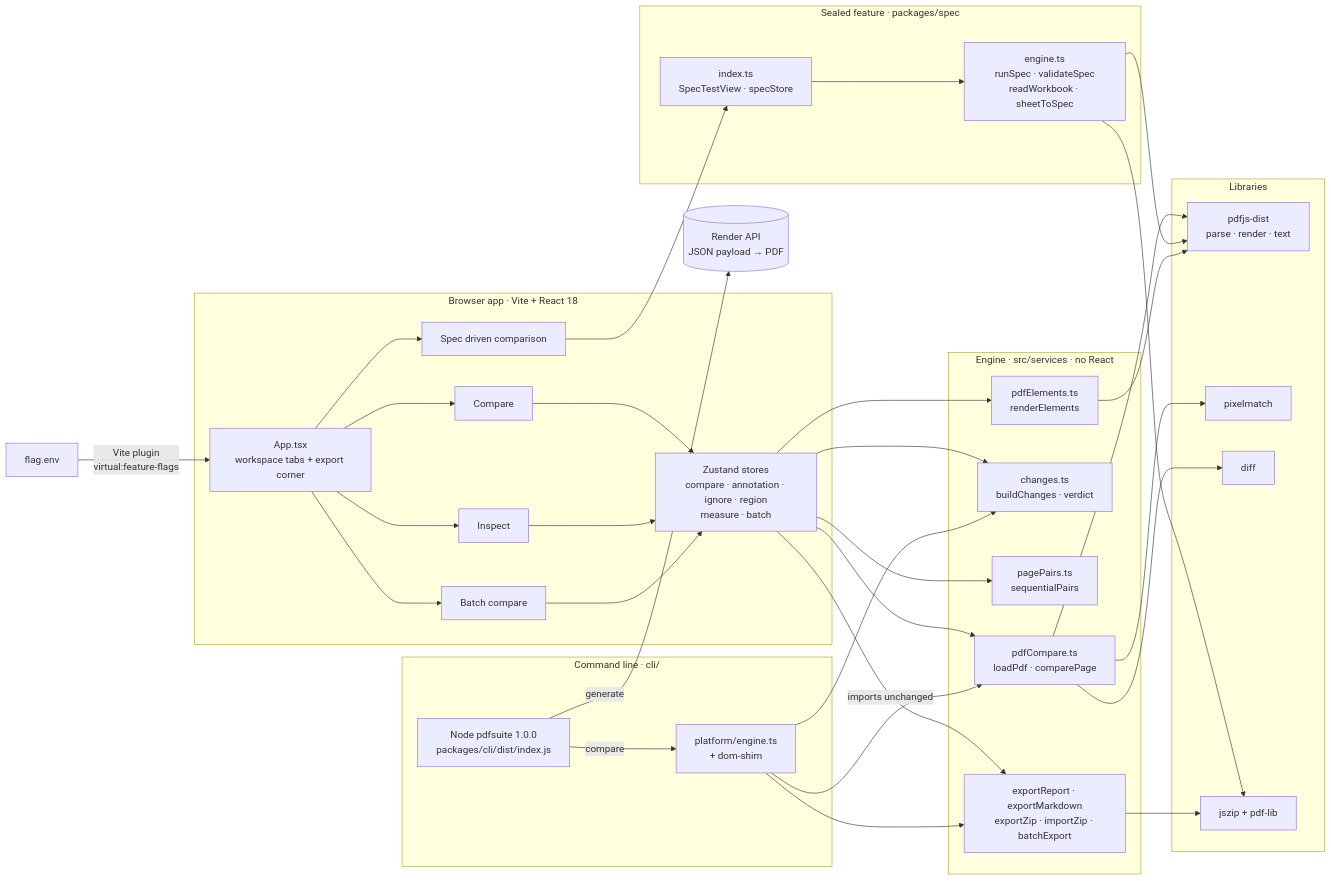
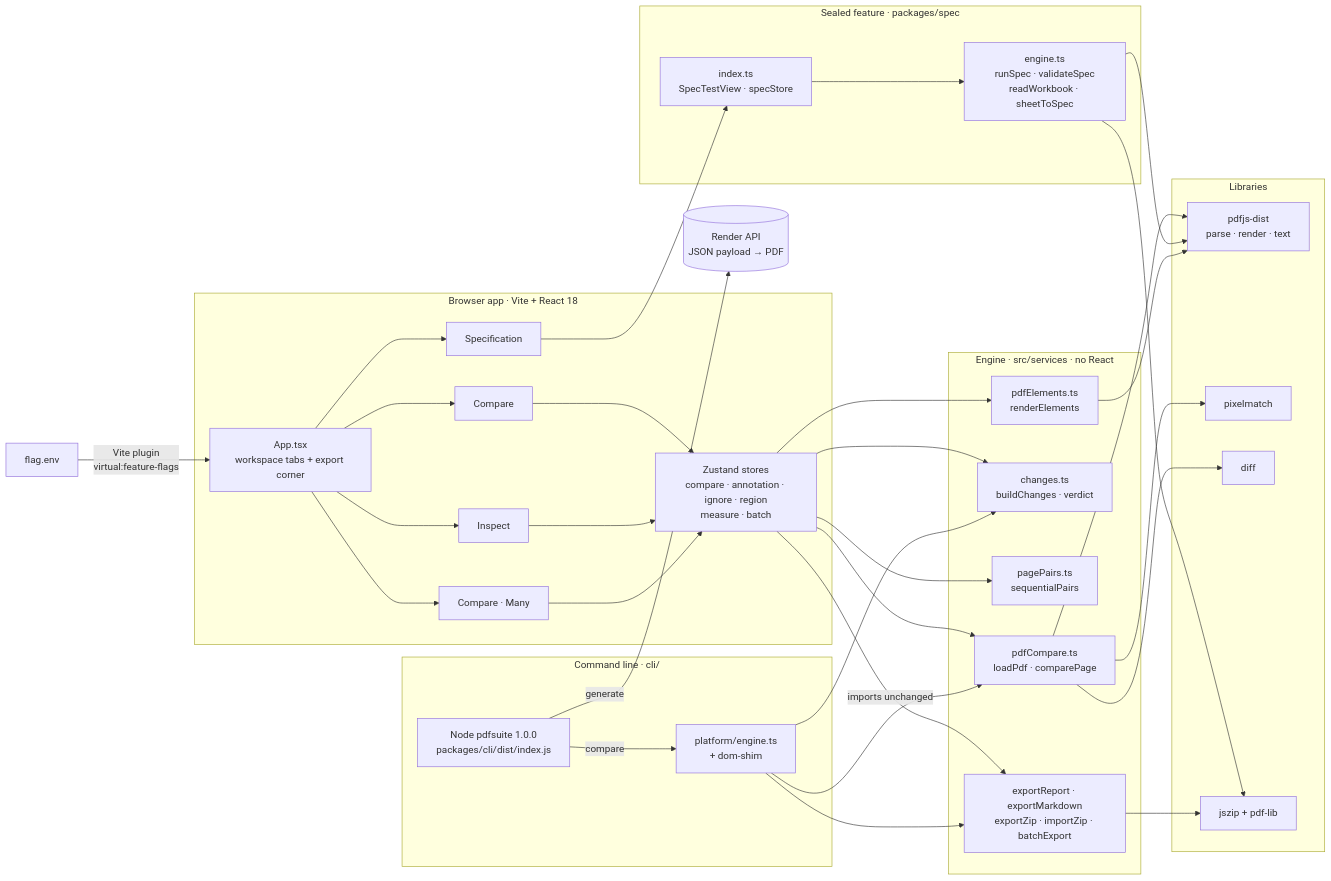
Before and after one commit to sid4861/pdf-testing-suite: the first of 26 diagrams in docs/ARCHITECTURE.md, drawn with Mermaid. The commit also changed other lines of this file and 68 other files, not shown here.

````diff
--- a/docs/ARCHITECTURE.md
+++ b/docs/ARCHITECTURE.md
@@ -39,47 +39,47 @@
 ```mermaid
 flowchart LR
   subgraph BROWSER["Browser app · Vite + React 18"]
     SHELL["App.tsx<br/>workspace tabs + export corner"]
     WS1["Compare"]
-    WS2["Spec driven comparison"]
+    WS2["Specification"]
     WS3["Inspect"]
-    WS4["Batch compare"]
+    WS4["Compare · Many"]
     STORES["Zustand stores<br/>compare · annotation · ignore · region<br/>measure · batch"]
     SHELL --> WS1 & WS2 & WS3 & WS4
     WS1 & WS3 & WS4 --> STORES
   end
   subgraph ENGINE["Engine · src/services · no React"]
     CMPS["pdfCompare.ts<br/>loadPdf · comparePage"]
     CHG["changes.ts<br/>buildChanges · verdict"]
     PP["pagePairs.ts<br/>sequentialPairs"]
     ELM["pdfElements.ts<br/>renderElements"]
     EXP["exportReport · exportMarkdown<br/>exportZip · importZip · batchExport"]
   end
   subgraph SEALED["Sealed feature · packages/spec"]
     SIDX["index.ts<br/>SpecTestView · specStore"]
     SENG["engine.ts<br/>runSpec · validateSpec<br/>readWorkbook · sheetToSpec"]
     SIDX --> SENG
   end
   subgraph LIBS["Libraries"]
     PDFJS["pdfjs-dist<br/>parse · render · text"]
     PXM["pixelmatch"]
     DIF["diff"]
     ZL["jszip + pdf-lib"]
   end
   FLAGS["flag.env"] -->|"Vite plugin<br/>virtual:feature-flags"| SHELL
   WS2 --> SIDX
   STORES --> CMPS & CHG & PP & ELM & EXP
   CMPS --> PDFJS & PXM & DIF
   SENG --> PDFJS & ZL
   ELM --> PDFJS
   EXP --> ZL
   subgraph CLIS["Command line · cli/"]
     NODE["Node pdfsuite 1.0.0<br/>packages/cli/dist/index.js"]
     SEAM["platform/engine.ts<br/>+ dom-shim"]
   end
   API[("Render API<br/>JSON payload → PDF")]
   NODE -->|generate| API
   NODE -->|compare| SEAM
   SEAM -->|"imports unchanged"| CMPS
   SEAM --> CHG & EXP
 ```
````
